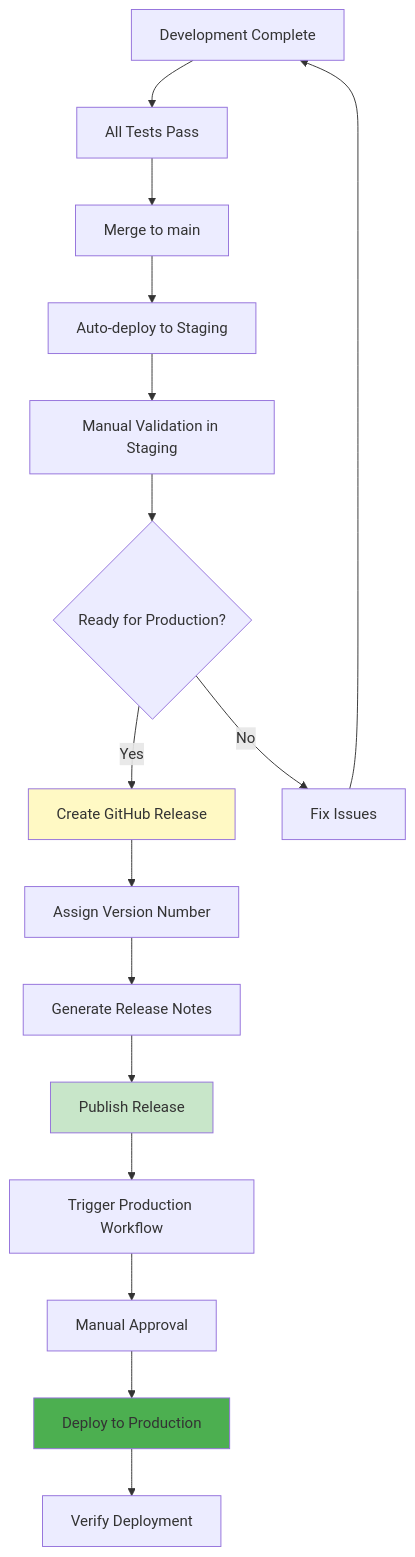
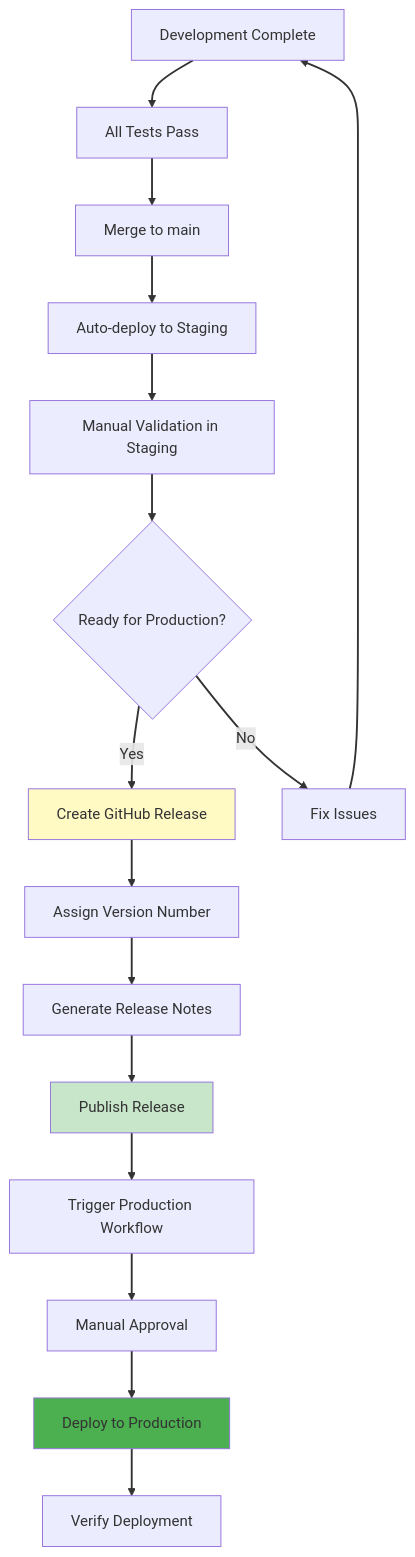
The diagram in docs/architecture/ADR-003-manual-semantic-versioning.md (Celtikill/static-site), drawn with Mermaid before and after one commit. The commit also changed 17 other files, not shown here.

````diff
--- a/docs/architecture/ADR-003-manual-semantic-versioning.md
+++ b/docs/architecture/ADR-003-manual-semantic-versioning.md
@@ -75,22 +75,42 @@
 ```mermaid
+%%{init: {'theme':'default', 'themeVariables': {'fontSize':'16px'}}}%%
 graph TD
+    accTitle: Manual Semantic Versioning Release Process
+    accDescr: Comprehensive release workflow implementing manual semantic versioning with GitHub Releases for production deployment control. Development completion triggers automated test execution validating security scans, policy compliance, and functional requirements. Successful tests enable merge to the main branch initiating automatic deployment to the Staging environment for pre-production validation. Manual validation in staging verifies changes in production-equivalent infrastructure testing functionality, performance, and operational readiness. The readiness decision gate determines production promotion with failures triggering the fix cycle returning to development for remediation. Production-ready changes initiate GitHub Release creation with manual version number assignment following semantic versioning conventions (MAJOR.MINOR.PATCH). Release notes generation documents changes, breaking changes, and upgrade instructions providing transparency for stakeholders. Publishing the release triggers the production deployment workflow requiring explicit manual approval implementing change control requirements. Approved deployments execute to the Production environment with comprehensive verification validating deployment success, health checks, and operational metrics. This process implements deliberate release control balancing automation for efficiency with manual gates for safety. The semantic versioning provides clear communication of change significance while GitHub Releases create audit trails and deployment artifacts. The multi-stage validation from tests through staging to production verification ensures quality and stability before end-user exposure.
+
     A["Development Complete"] --> B["All Tests Pass"]
     B --> C["Merge to main"]
     C --> D["Auto-deploy to Staging"]
     D --> E["Manual Validation in Staging"]
     E --> F{"Ready for Production?"}
     F -->|"Yes"| G["Create GitHub Release"]
     F -->|"No"| H["Fix Issues"]
     H --> A
     G --> I["Assign Version Number"]
     I --> J["Generate Release Notes"]
     J --> K["Publish Release"]
     K --> L["Trigger Production Workflow"]
     L --> M["Manual Approval"]
     M --> N["Deploy to Production"]
     N --> O["Verify Deployment"]
 
     style G fill:#fff9c4
     style K fill:#c8e6c9
     style N fill:#4caf50
+
+    linkStyle 0 stroke:#333333,stroke-width:2px
+    linkStyle 1 stroke:#333333,stroke-width:2px
+    linkStyle 2 stroke:#333333,stroke-width:2px
+    linkStyle 3 stroke:#333333,stroke-width:2px
+    linkStyle 4 stroke:#333333,stroke-width:2px
+    linkStyle 5 stroke:#333333,stroke-width:2px
+    linkStyle 6 stroke:#333333,stroke-width:2px
+    linkStyle 7 stroke:#333333,stroke-width:2px
+    linkStyle 8 stroke:#333333,stroke-width:2px
+    linkStyle 9 stroke:#333333,stroke-width:2px
+    linkStyle 10 stroke:#333333,stroke-width:2px
+    linkStyle 11 stroke:#333333,stroke-width:2px
+    linkStyle 12 stroke:#333333,stroke-width:2px
+    linkStyle 13 stroke:#333333,stroke-width:2px
+    linkStyle 14 stroke:#333333,stroke-width:2px
 ```
````
